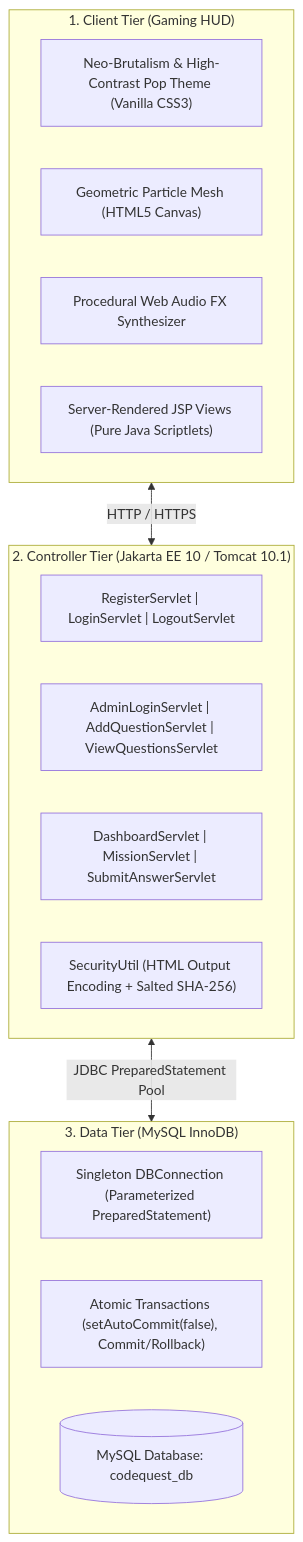
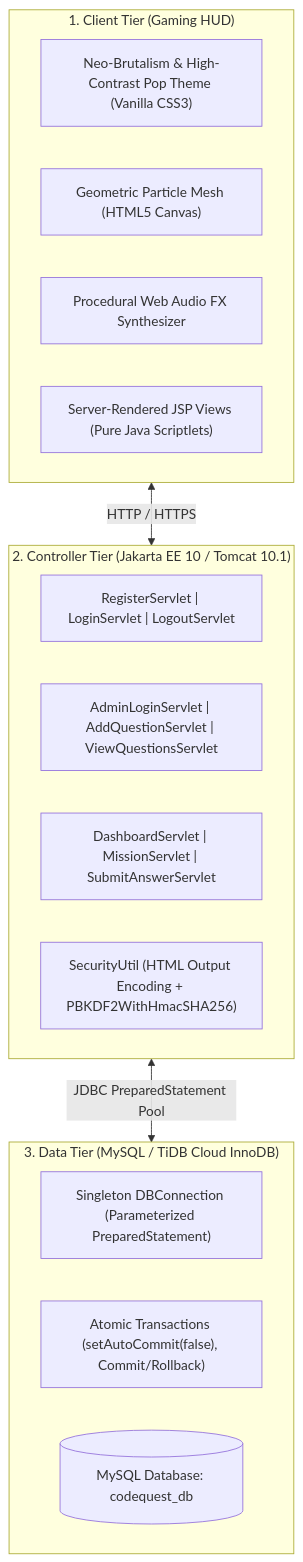
The diagram in README.md (dilipkumarprudhvi-a11y/CodeQuest), drawn with Mermaid before and after one commit. The commit also changed other lines of this file and 7 other files, not shown here.

````diff
--- a/README.md
+++ b/README.md
@@ -32,25 +36,25 @@
 ```mermaid
 flowchart TD
     subgraph Client["1. Client Tier (Gaming HUD)"]
         UI["Neo-Brutalism & High-Contrast Pop Theme (Vanilla CSS3)"]
         Canvas["Geometric Particle Mesh (HTML5 Canvas)"]
         Audio["Procedural Web Audio FX Synthesizer"]
         JSP["Server-Rendered JSP Views (Pure Java Scriptlets)"]
     end
 
     subgraph Controller["2. Controller Tier (Jakarta EE 10 / Tomcat 10.1)"]
         Auth["RegisterServlet | LoginServlet | LogoutServlet"]
         Admin["AdminLoginServlet | AddQuestionServlet | ViewQuestionsServlet"]
         Engine["DashboardServlet | MissionServlet | SubmitAnswerServlet"]
-        Security["SecurityUtil (HTML Output Encoding + Salted SHA-256)"]
+        Security["SecurityUtil (HTML Output Encoding + PBKDF2WithHmacSHA256)"]
     end
 
-    subgraph Persistence["3. Data Tier (MySQL InnoDB)"]
+    subgraph Persistence["3. Data Tier (MySQL / TiDB Cloud InnoDB)"]
         JDBC["Singleton DBConnection (Parameterized PreparedStatement)"]
         ACID["Atomic Transactions (setAutoCommit(false), Commit/Rollback)"]
         DB[("MySQL Database: codequest_db")]
     end
 
     Client <-->|HTTP / HTTPS| Controller
     Controller <-->|JDBC PreparedStatement Pool| Persistence
 ```
````
